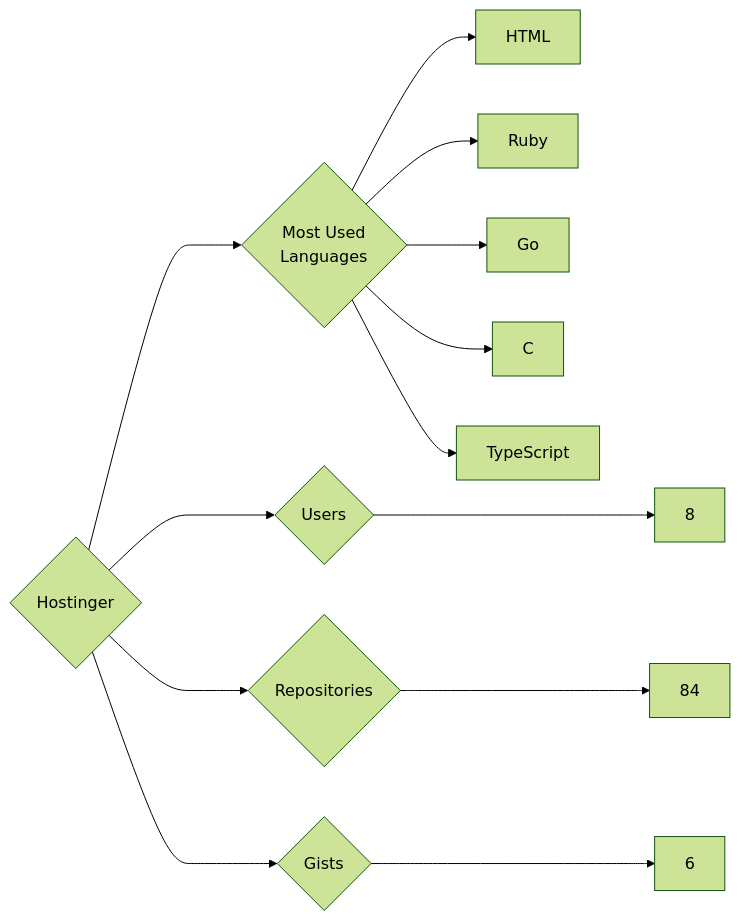
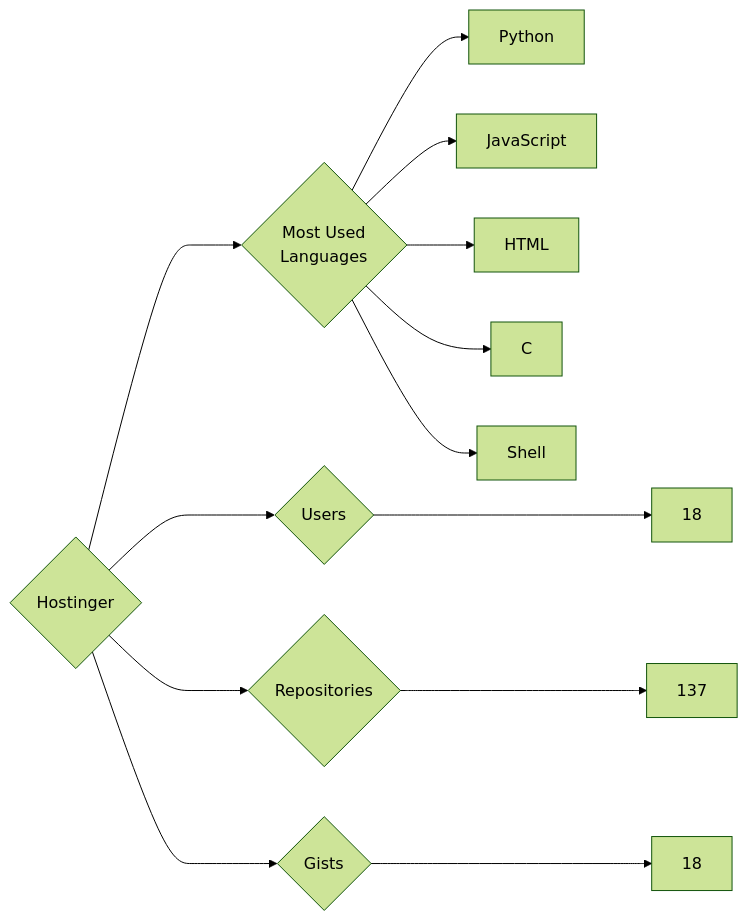
Before and after one commit to trickest/insiders: the diagram in targets/Hostinger/README.md, drawn with Mermaid (forest theme). The commit also changed 699 other files, not shown here.

````diff
--- a/targets/Hostinger/README.md
+++ b/targets/Hostinger/README.md
@@ -3,13 +3,13 @@
 ```mermaid
 graph LR
 COMPANY_NAME{Hostinger}
-COMPANY_NAME ---> U{Users} ---> UN[8]
-COMPANY_NAME ---> R{Repositories} ---> RN[84]
-COMPANY_NAME ---> G{Gists} ---> GN[6]
+COMPANY_NAME ---> U{Users} ---> UN[18]
+COMPANY_NAME ---> R{Repositories} ---> RN[137]
+COMPANY_NAME ---> G{Gists} ---> GN[18]
 COMPANY_NAME ---> ML{Most Used<br>Languages}
+ML --> Python[Python]
+ML --> JavaScript[JavaScript]
 ML --> HTML[HTML]
-ML --> Ruby[Ruby]
-ML --> Go[Go]
 ML --> C[C]
-ML --> TypeScript[TypeScript]
+ML --> Shell[Shell]
 ```
````
